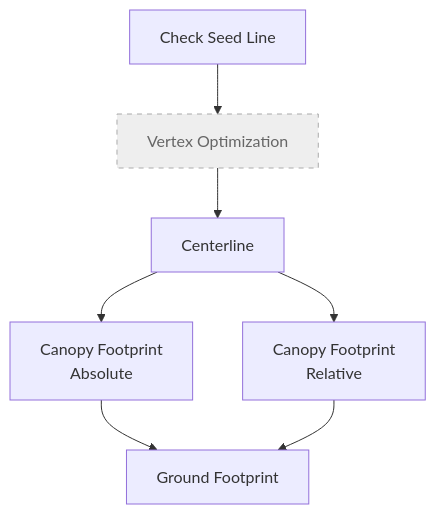
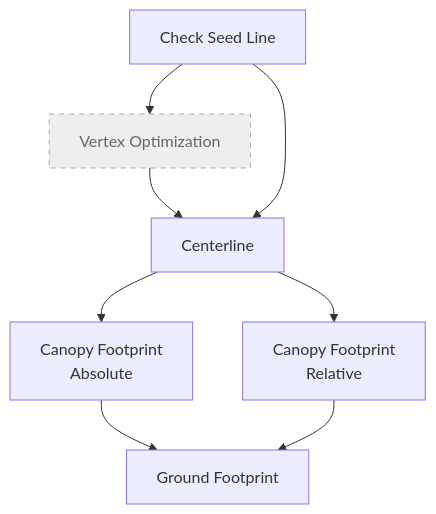
Before and after one commit to appliedgrg/beratools: the diagram in docs/files/user/quick_start.md, drawn with Mermaid. The commit also changed other lines of this file and 21 other files, not shown here.

````diff
--- a/docs/files/user/quick_start.md
+++ b/docs/files/user/quick_start.md
@@ -29,11 +29,12 @@
 ```mermaid
 graph TD
     A["Check Seed Line"] --> B["Vertex Optimization"]
     B --> C["Centerline"]
+    A --> C["Centerline"]
     C --> D1["Canopy Footprint<br/>Absolute"]
     C --> D2["Canopy Footprint<br/>Relative"]
     D1 --> E["Ground Footprint"]
     D2 --> E["Ground Footprint"]
     %% Style optional step (Vertex Optimization)
     style B fill:#eee,stroke:#aaa,color:#666,stroke-width:1px,stroke-dasharray:5 5;
 ```
````
